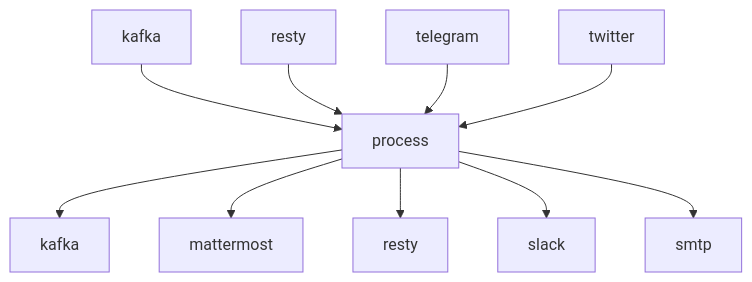
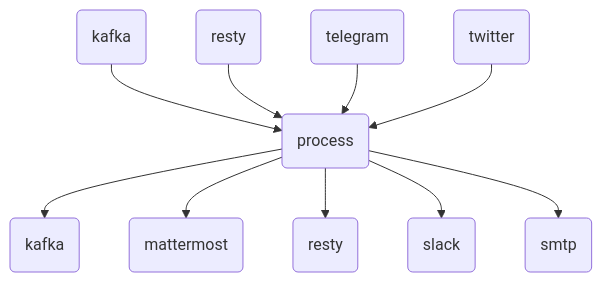
The diagram in README.md (livelace/gosquito), drawn with Mermaid before and after one commit. The commit also changed other lines of this file, not shown here.

Commit message:
mermaid experiment

````diff
--- a/README.md
+++ b/README.md
@@ -9,12 +9,12 @@
 ```mermaid
 graph TD;
-    I1[kafka]-->P1[process];
-    I2[resty]-->P1[process];
-    I3[telegram]-->P1[process];
-    I4[twitter]-->P1[process];
-    P1-->O1[kafka];
-    P1-->O2[mattermost];
-    P1-->O3[resty];
-    P1-->O4[slack];
-    P1-->O5[smtp];
+    I1(kafka)-->P1(process);
+    I2(resty)-->P1(process);
+    I3(telegram)-->P1(process);
+    I4(twitter)-->P1(process);
+    P1-->O1(kafka);
+    P1-->O2(mattermost);
+    P1-->O3(resty);
+    P1-->O4(slack);
+    P1-->O5(smtp);
 ```
````
